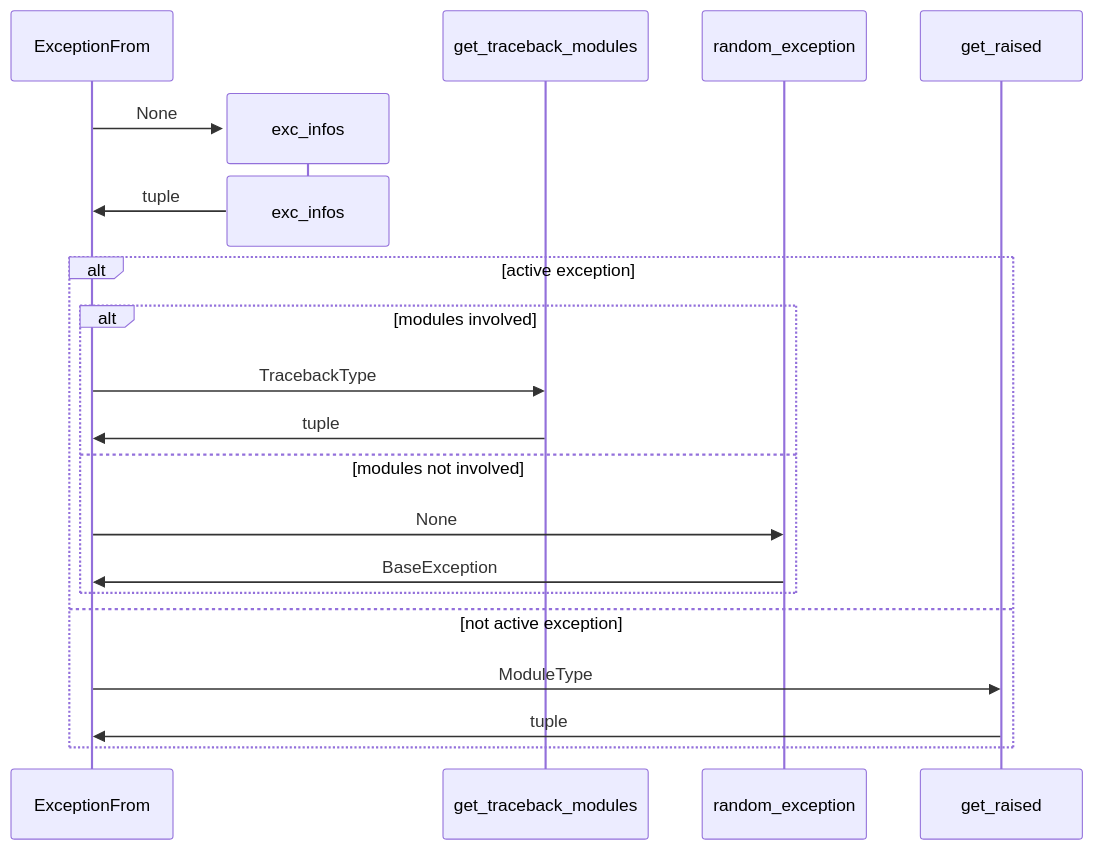
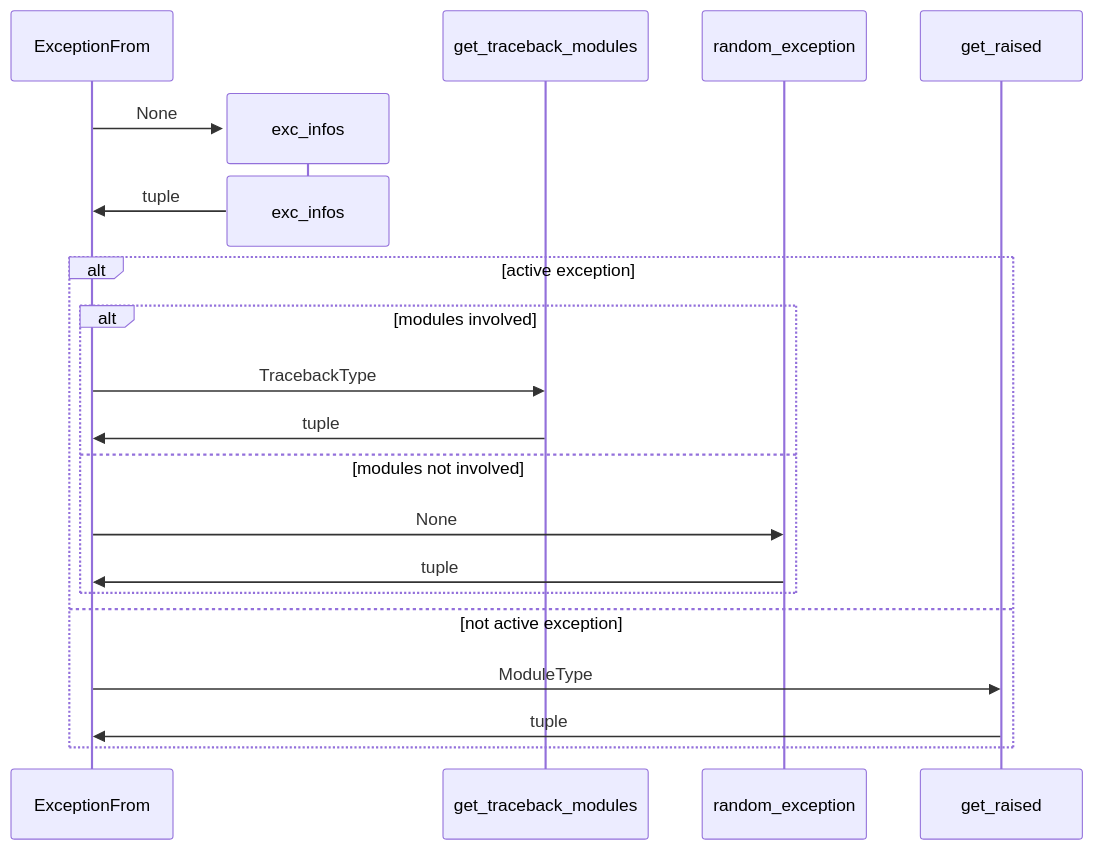
The diagram in docs/source/sequence_diagrams.rst (wfatherley/exceptlib), drawn with Mermaid before and after one commit.

Commit message:
fix typing in sequence diagram

```diff
--- a/docs/source/sequence_diagrams.rst
+++ b/docs/source/sequence_diagrams.rst
@@ -10,20 +10,20 @@
 .. mermaid::
 
     sequenceDiagram
         create participant ExceptionFrom
         create participant exc_infos
         ExceptionFrom->>exc_infos: None
         destroy exc_infos
         exc_infos->>ExceptionFrom: tuple
         alt active exception
             alt modules involved
                 ExceptionFrom->>get_traceback_modules: TracebackType
                 get_traceback_modules->>ExceptionFrom: tuple
             else modules not involved
                 ExceptionFrom->>random_exception: None
-                random_exception->>ExceptionFrom: BaseException
+                random_exception->>ExceptionFrom: tuple
             end
         else not active exception
             ExceptionFrom->>get_raised: ModuleType
             get_raised->>ExceptionFrom: tuple
         end
```
